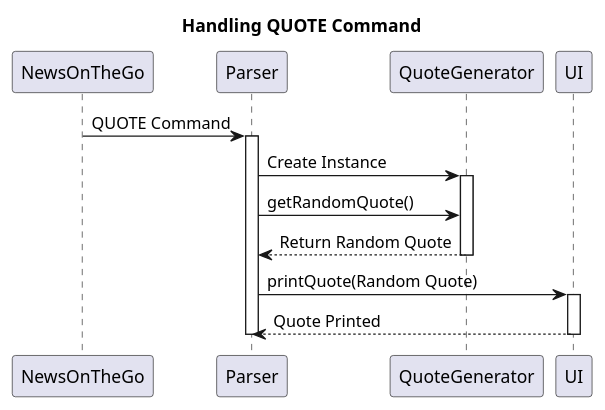
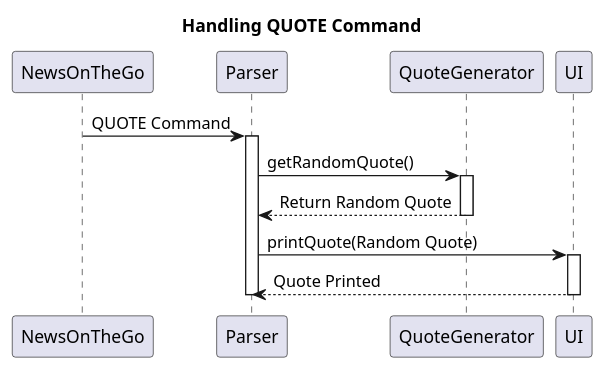
One commit to AhmedShaiyan/tp changed the diagram in docs/UML_Diagrams/QuoteGeneratorSequence.puml. Above: the diagram before and after it, drawn with PlantUML. The commit also changed 8 other files, not shown here.

```diff
--- a/docs/UML_Diagrams/QuoteGeneratorSequence.puml
+++ b/docs/UML_Diagrams/QuoteGeneratorSequence.puml
@@ -1,31 +1,28 @@
 @startuml
 title Handling QUOTE Command
 
 ' NewsOnTheGo initiates the QUOTE command
 NewsOnTheGo -> Parser: QUOTE Command
 
 activate Parser
 
-' Parser creates an instance of QuoteGenerator
-Parser -> QuoteGenerator: Create Instance
-activate QuoteGenerator
-
 ' Parser calls getRandomQuote() method on QuoteGenerator
 Parser -> QuoteGenerator: getRandomQuote()
+activate QuoteGenerator
 
 ' QuoteGenerator returns a random quote to Parser
 QuoteGenerator --> Parser: Return Random Quote
 deactivate QuoteGenerator
 
 ' Parser calls UI and activates it to print the random quote
 Parser -> UI: printQuote(Random Quote)
 activate UI
 
 ' UI prints the quote to the console
 UI --> Parser: Quote Printed
 deactivate UI
 
 ' Parser completes the QUOTE command
 deactivate Parser
 
 @enduml
```
